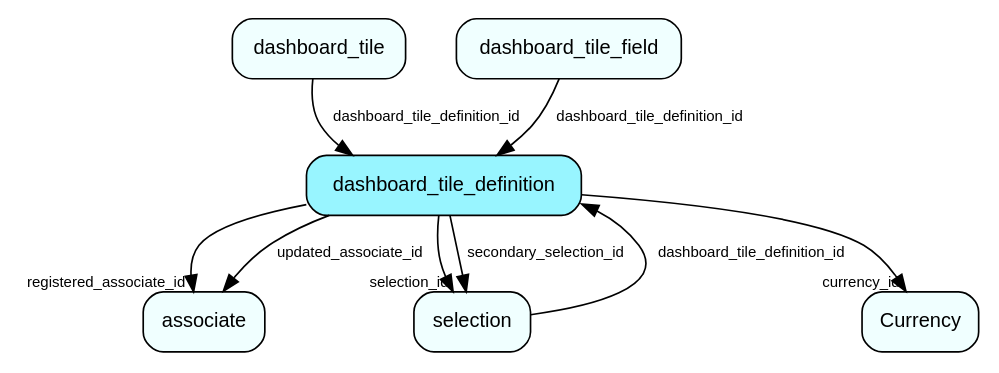
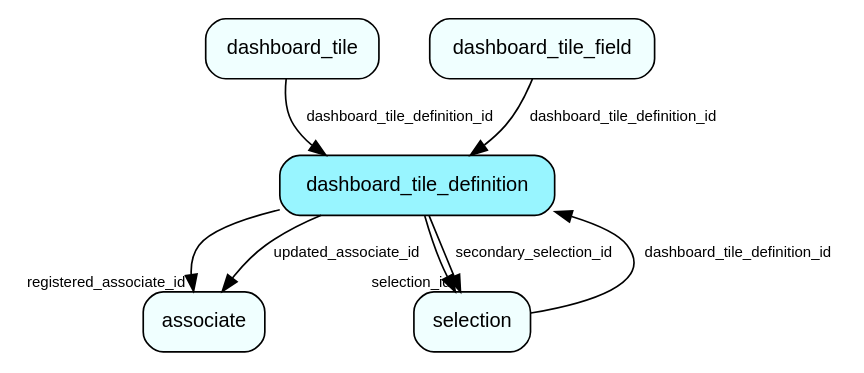
One commit to SuperOfficeDocs/superoffice-docs changed the diagram in docs/database/tables/media/dashboard_tile_definition.dot. Above: the diagram before and after it, drawn with Graphviz. The commit also changed 688 other files, not shown here.

```diff
--- a/docs/database/tables/media/dashboard_tile_definition.dot
+++ b/docs/database/tables/media/dashboard_tile_definition.dot
@@ -1,19 +1,17 @@
 digraph dashboard_tile_definition  {
 node [shape = box style="rounded, filled" fontname = "Helvetica" fontsize = "12" ]
 edge [fontname = "Helvetica" fontsize = "9"]
 
 dashboard_tile_definition[fillcolor = "cadetblue1"]
 associate[fillcolor = "azure1"]
 selection[fillcolor = "azure1"]
-Currency[fillcolor = "azure1"]
 dashboard_tile[fillcolor = "azure1"]
 dashboard_tile_field[fillcolor = "azure1"]
 dashboard_tile_definition -> associate [headlabel = "registered_associate_id"]
 dashboard_tile_definition -> associate [label = "updated_associate_id"]
 dashboard_tile_definition -> selection [headlabel = "selection_id"]
-dashboard_tile_definition -> Currency [headlabel = "currency_id"]
 dashboard_tile_definition -> selection [label = "secondary_selection_id"]
 selection -> dashboard_tile_definition [label = "dashboard_tile_definition_id"]
 dashboard_tile -> dashboard_tile_definition [label = "dashboard_tile_definition_id"]
 dashboard_tile_field -> dashboard_tile_definition [label = "dashboard_tile_definition_id"]
 }
```
